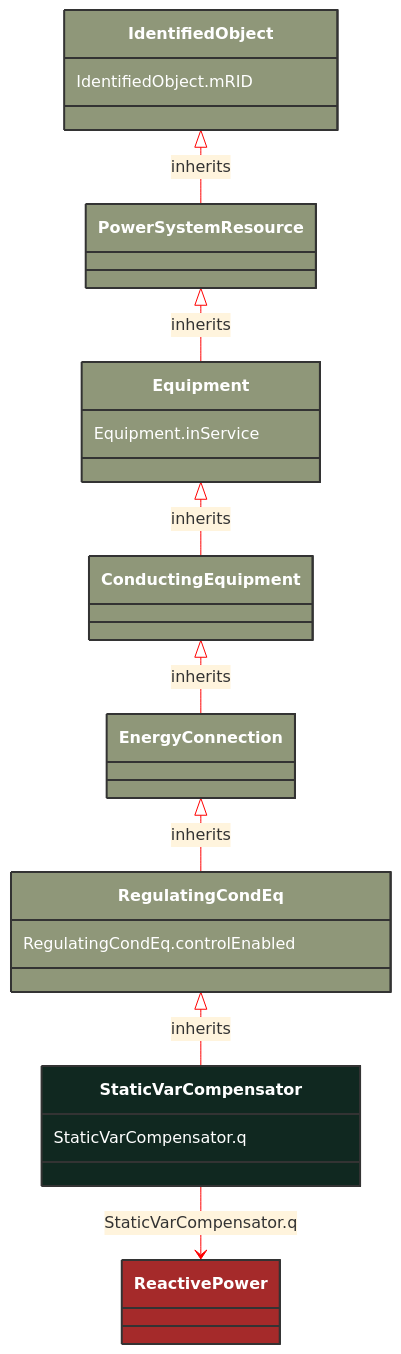
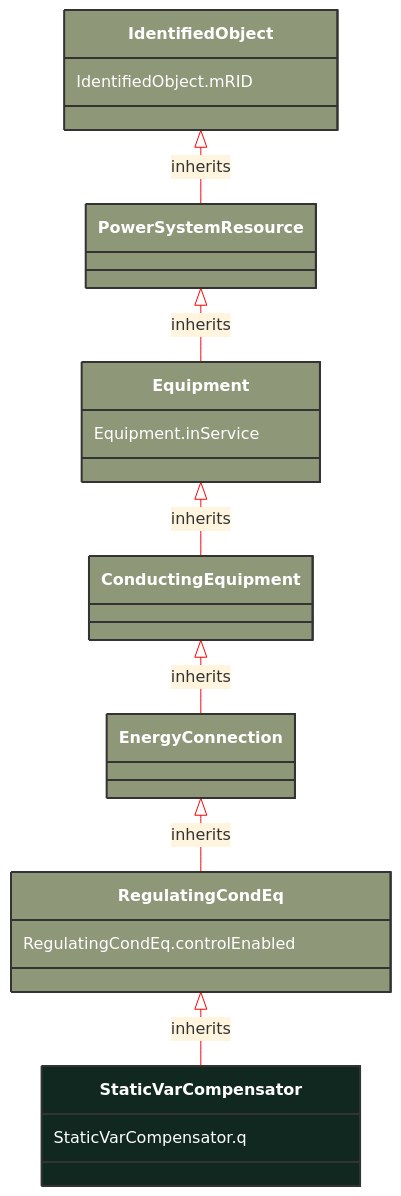
Before and after one commit to 3lbits/NoCIMExtensions: the diagram in docs/Models/Profiles/SteadyStateHypothesis/ConcreteClasses/StaticVarCompensator.md, drawn with Mermaid. The commit also changed 397 other files, not shown here.

First line of the commit message:
Refactor CIM schemas to introduce abstract classes and consolidate data types

````diff
--- a/docs/Models/Profiles/SteadyStateHypothesis/ConcreteClasses/StaticVarCompensator.md
+++ b/docs/Models/Profiles/SteadyStateHypothesis/ConcreteClasses/StaticVarCompensator.md
@@ -10,43 +10,38 @@
 ```mermaid
 %%{init: {'theme':'base','themeVariables': {'lineColor': '#FF0000'}}}%%
 classDiagram
     class StaticVarCompensator
     click StaticVarCompensator href "/Models/Profiles/SteadyStateHypothesis/ConcreteClasses/StaticVarCompensator/"
     style StaticVarCompensator fill:#102820,stroke:#333,stroke-width:2px,rx:10,ry:10,color:white
      
         RegulatingCondEq <|-- StaticVarCompensator : inherits
             click RegulatingCondEq href "/Models/Profiles/SteadyStateHypothesis/ConcreteClasses/RegulatingCondEq/"
             style RegulatingCondEq fill:#8F9779,stroke:#333,stroke-width:2px,rx:10,ry:10,color:white
      
         EnergyConnection <|-- RegulatingCondEq : inherits
             click EnergyConnection href "/Models/Profiles/SteadyStateHypothesis/ConcreteClasses/EnergyConnection/"
             style EnergyConnection fill:#8F9779,stroke:#333,stroke-width:2px,rx:10,ry:10,color:white
      
         ConductingEquipment <|-- EnergyConnection : inherits
             click ConductingEquipment href "/Models/Profiles/SteadyStateHypothesis/ConcreteClasses/ConductingEquipment/"
             style ConductingEquipment fill:#8F9779,stroke:#333,stroke-width:2px,rx:10,ry:10,color:white
      
         Equipment <|-- ConductingEquipment : inherits
             click Equipment href "/Models/Profiles/SteadyStateHypothesis/ConcreteClasses/Equipment/"
             style Equipment fill:#8F9779,stroke:#333,stroke-width:2px,rx:10,ry:10,color:white
      
         PowerSystemResource <|-- Equipment : inherits
             click PowerSystemResource href "/Models/Profiles/SteadyStateHypothesis/ConcreteClasses/PowerSystemResource/"
             style PowerSystemResource fill:#8F9779,stroke:#333,stroke-width:2px,rx:10,ry:10,color:white
      
         IdentifiedObject <|-- PowerSystemResource : inherits
             click IdentifiedObject href "/Models/Profiles/SteadyStateHypothesis/ConcreteClasses/IdentifiedObject/"
             style IdentifiedObject fill:#8F9779,stroke:#333,stroke-width:2px,rx:10,ry:10,color:white
 
-        StaticVarCompensator --> ReactivePower : StaticVarCompensator.q
-
-        ReactivePower
-            click ReactivePower href "/Models/Profiles/SteadyStateHypothesis/ConcreteClasses/ReactivePower/"
-            style ReactivePower fill:#A52A2A,stroke:#333,stroke-width:2px,rx:10,ry:10,color:white
 
 
         StaticVarCompensator : StaticVarCompensator.q
         RegulatingCondEq : RegulatingCondEq.controlEnabled
         Equipment : Equipment.inService
         IdentifiedObject : IdentifiedObject.mRID
 ```
````
